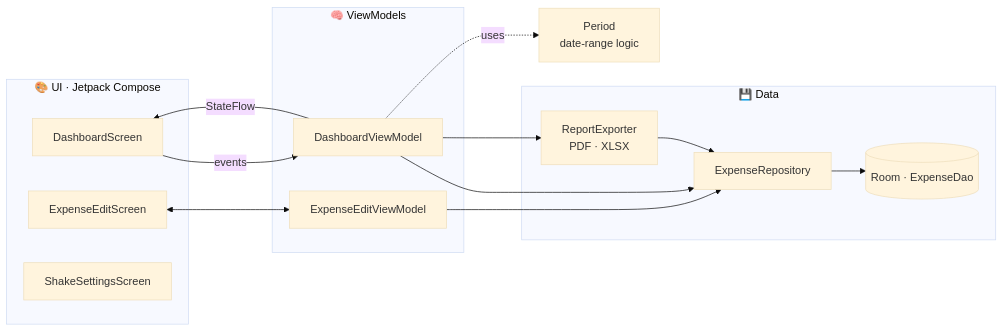
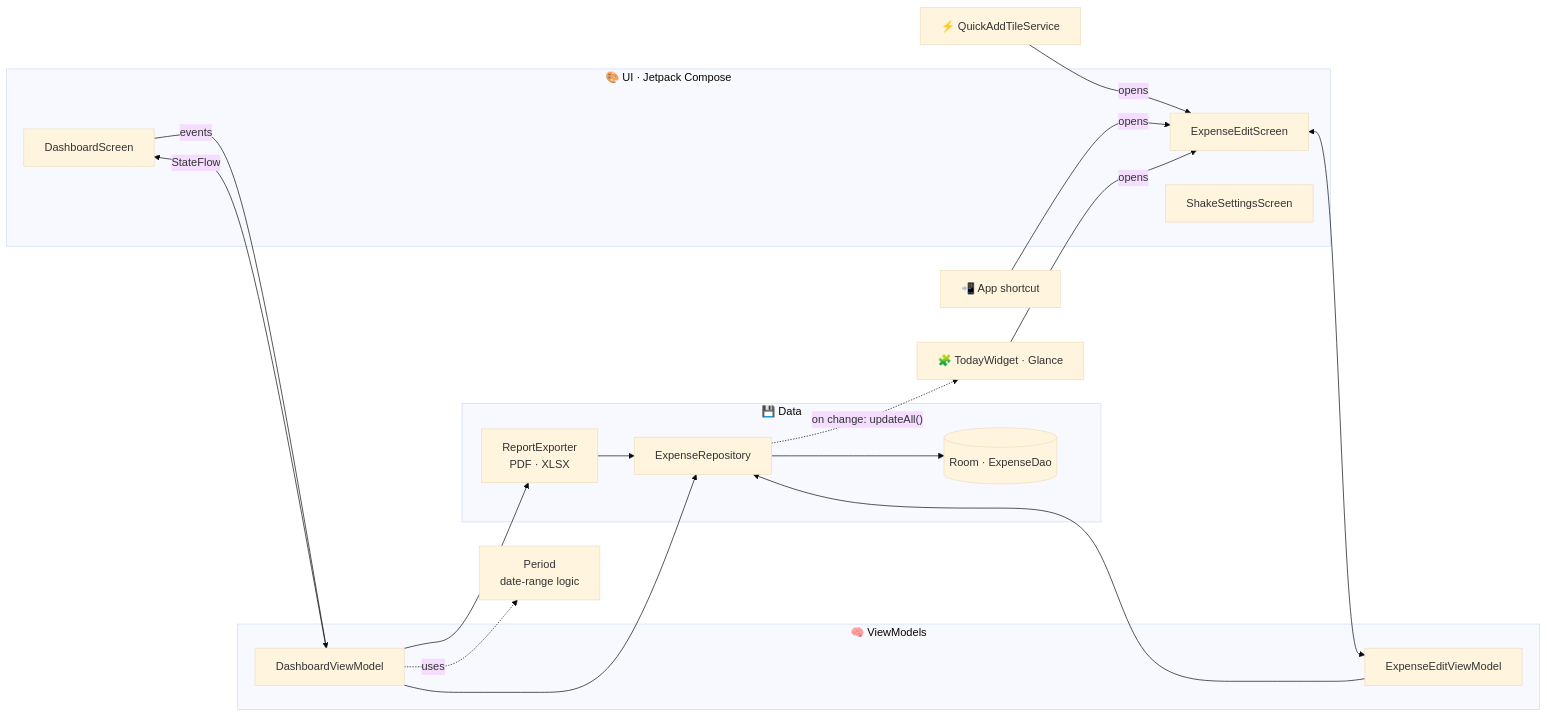
One commit to GuruDev1736/mngExpense changed the diagram in README.md. Above: the diagram before and after it, drawn with Mermaid (base theme). The commit also changed other lines of this file and 34 other files, not shown here.

First line of the commit message:
Add home-screen widget, Quick Settings tile and app shortcut; fix release builds

````diff
--- a/README.md
+++ b/README.md
@@ -151,28 +191,32 @@
 ```mermaid
 flowchart LR
     subgraph UI["🎨 UI · Jetpack Compose"]
         D[DashboardScreen]
         E[ExpenseEditScreen]
         S[ShakeSettingsScreen]
     end
+    T[⚡ QuickAddTileService] -- opens --> E
+    SC[📲 App shortcut] -- opens --> E
+    W[🧩 TodayWidget · Glance] -- opens --> E
+    R -. "on change: updateAll()" .-> W
     subgraph VM["🧠 ViewModels"]
         DVM[DashboardViewModel]
         EVM[ExpenseEditViewModel]
     end
     subgraph DATA["💾 Data"]
         R[ExpenseRepository]
         DAO[(Room · ExpenseDao)]
         X[ReportExporter<br/>PDF · XLSX]
     end
     P[Period<br/>date-range logic]
 
     D -- events --> DVM
     DVM -- StateFlow --> D
     E <--> EVM
     DVM --> R
     EVM --> R
     DVM --> X
     X --> R
     R --> DAO
     DVM -. uses .-> P
 ```
````
